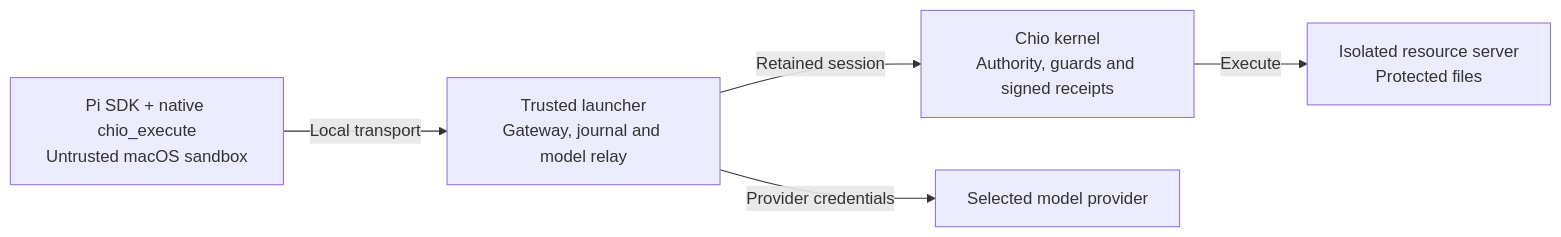
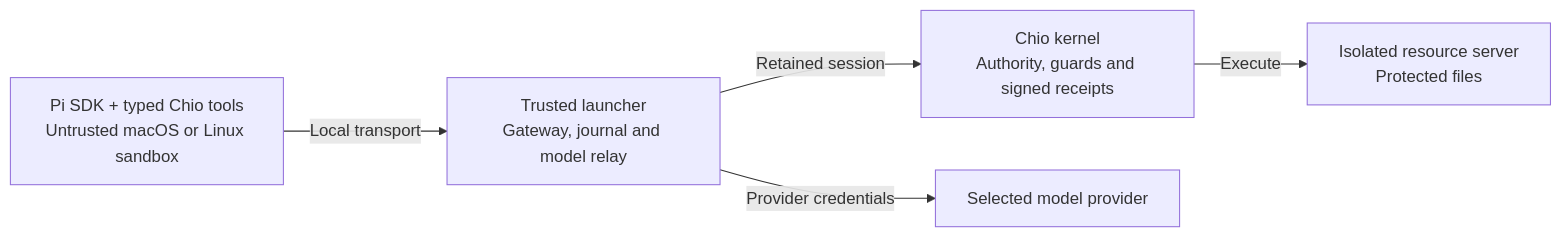
Before and after one commit to backbay-labs/chio-pi-plugin: the diagram in README.md, drawn with Mermaid. The commit also changed other lines of this file and 169 other files, not shown here.

First line of the commit message:
feat: Chio Pi full development roadmap on Pi 1.0.2 (0.2.0 candidate) (#3)

````diff
--- a/README.md
+++ b/README.md
@@ -128,12 +146,12 @@
 ```mermaid
 flowchart LR
-    Pi["Pi SDK + native chio_execute\nUntrusted macOS sandbox"]
+    Pi["Pi SDK + typed Chio tools\nUntrusted macOS or Linux sandbox"]
     Parent["Trusted launcher\nGateway, journal and model relay"]
     Kernel["Chio kernel\nAuthority, guards and signed receipts"]
     Resource["Isolated resource server\nProtected files"]
     Model["Selected model provider"]
     Pi -->|Local transport| Parent
     Parent -->|Retained session| Kernel
     Kernel -->|Execute| Resource
     Parent -->|Provider credentials| Model
 ```
````
